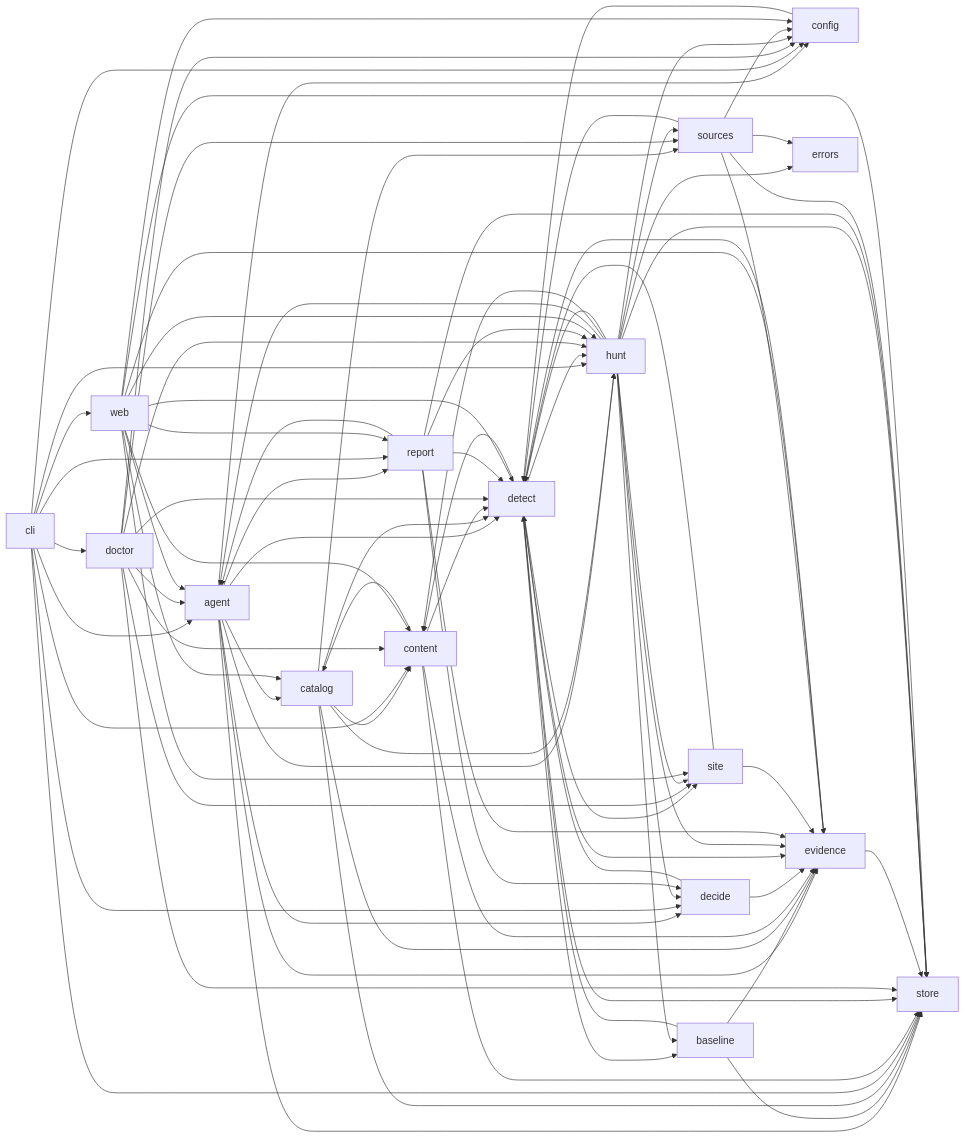
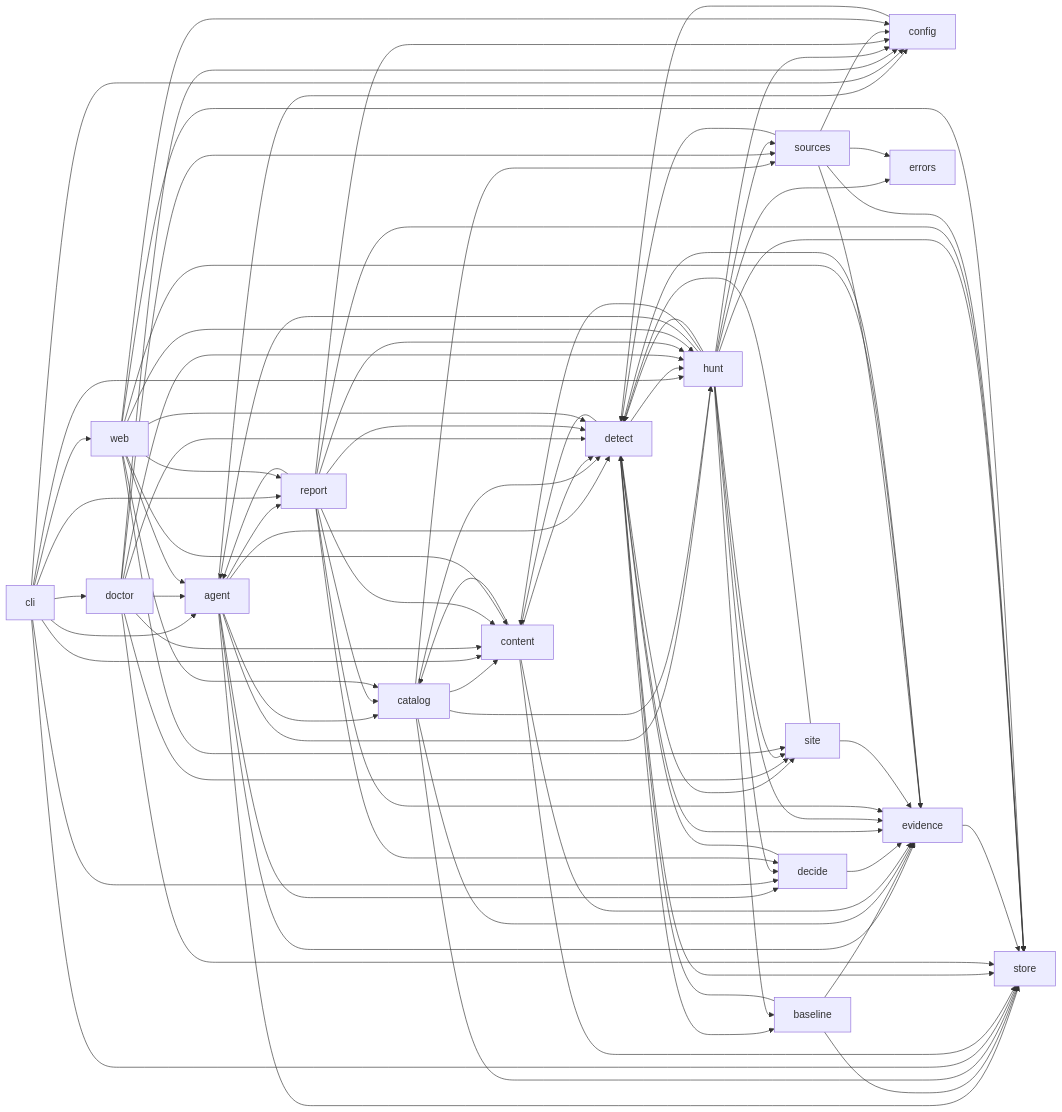
Before and after one commit to nickthabib-cloud/ROMULUS: the diagram in docs/architecture/MODULE_MAP.md, drawn with Mermaid. The commit also changed other lines of this file and 15 other files, not shown here.

```diff
--- a/docs/architecture/MODULE_MAP.md
+++ b/docs/architecture/MODULE_MAP.md
@@ -385,6 +389,9 @@
   hunt --> sources
   hunt --> store
   report --> agent
+  report --> catalog
+  report --> config
+  report --> content
   report --> decide
   report --> detect
   report --> evidence
```
